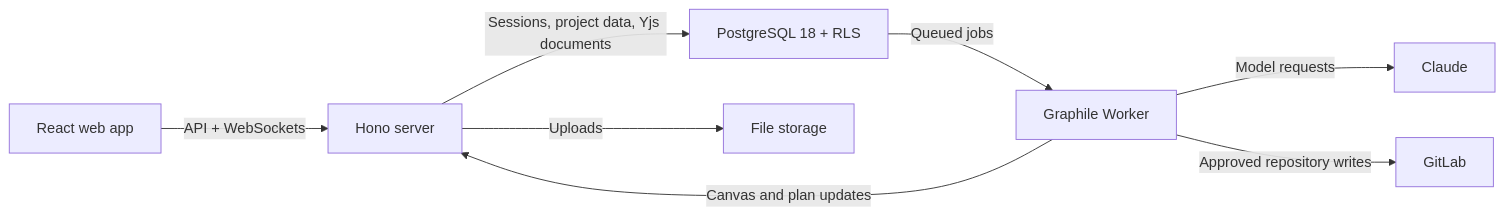
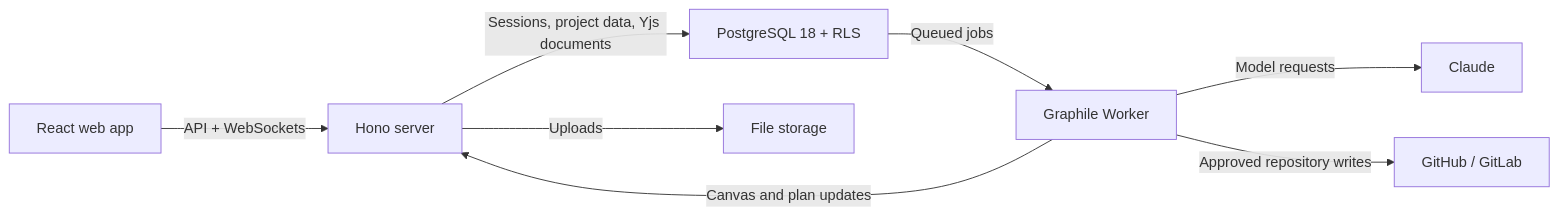
One commit to JulianRudrich/covibes changed the diagram in README.md. Above: the diagram before and after it, drawn with Mermaid. The commit also changed other lines of this file and 44 other files, not shown here.

Commit message:
feat(git): integrate repositories using GitHub App

````diff
--- a/README.md
+++ b/README.md
@@ -84,10 +84,10 @@
 ```mermaid
 flowchart LR
     Browser["React web app"] -->|"API + WebSockets"| Server["Hono server"]
     Server -->|"Sessions, project data, Yjs documents"| Database["PostgreSQL 18 + RLS"]
     Server -->|"Uploads"| Files["File storage"]
     Database -->|"Queued jobs"| Worker["Graphile Worker"]
     Worker -->|"Canvas and plan updates"| Server
     Worker -->|"Model requests"| Claude["Claude"]
-    Worker -->|"Approved repository writes"| GitLab["GitLab"]
+    Worker -->|"Approved repository writes"| GitHosts["GitHub / GitLab"]
 ```
````
